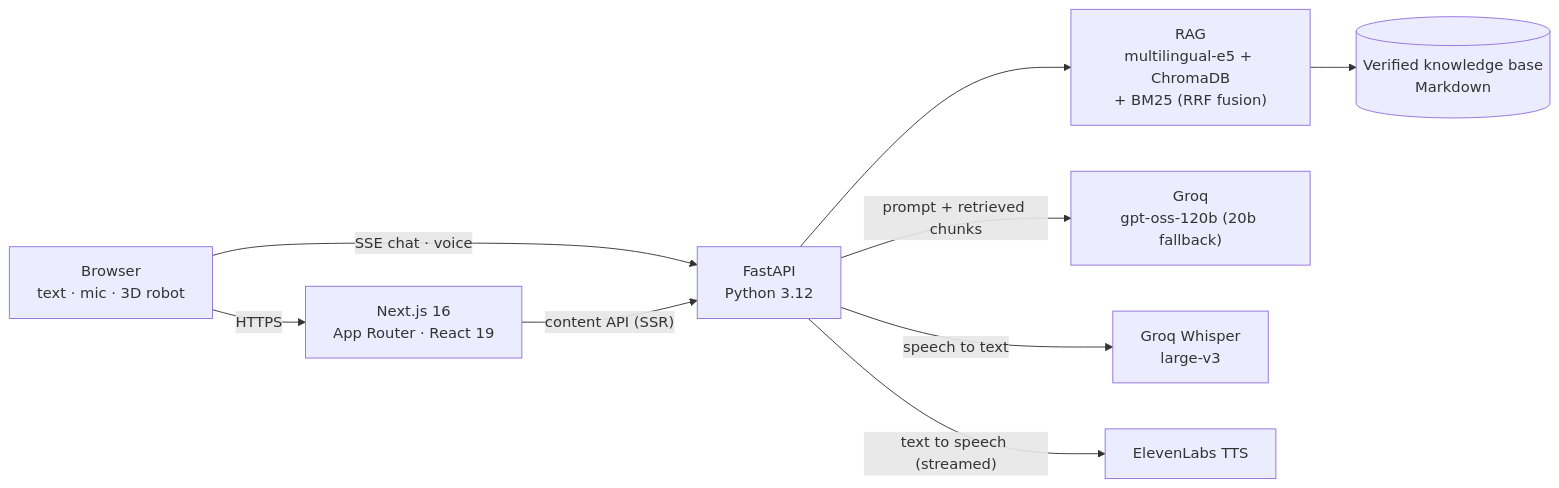
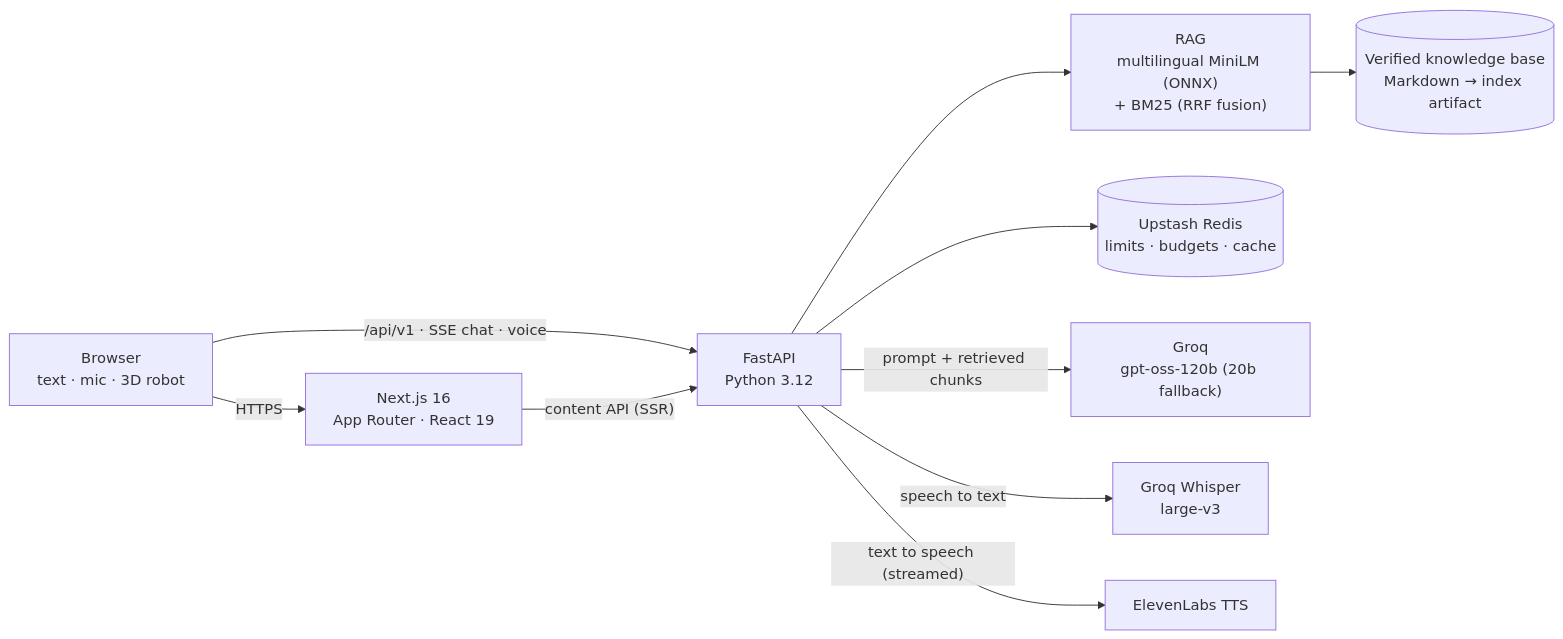
The diagram in README.md (AbdullahThweib2004/abdallah-ai), drawn with Mermaid before and after one commit. The commit also changed other lines of this file and 1 other file, not shown here.

````diff
--- a/README.md
+++ b/README.md
@@ -47,11 +49,12 @@
 ```mermaid
 flowchart LR
   B["Browser<br/>text · mic · 3D robot"] -->|HTTPS| N["Next.js 16<br/>App Router · React 19"]
-  B -->|"SSE chat · voice"| F["FastAPI<br/>Python 3.12"]
+  B -->|"/api/v1 · SSE chat · voice"| F["FastAPI<br/>Python 3.12"]
   N -->|"content API (SSR)"| F
-  F --> R["RAG<br/>multilingual-e5 + ChromaDB<br/>+ BM25 (RRF fusion)"]
-  R --> KB[("Verified knowledge base<br/>Markdown")]
+  F --> R["RAG<br/>multilingual MiniLM (ONNX)<br/>+ BM25 (RRF fusion)"]
+  R --> KB[("Verified knowledge base<br/>Markdown → index artifact")]
+  F --> U[("Upstash Redis<br/>limits · budgets · cache")]
   F -->|"prompt + retrieved chunks"| G["Groq<br/>gpt-oss-120b (20b fallback)"]
   F -->|"speech to text"| W["Groq Whisper<br/>large-v3"]
   F -->|"text to speech (streamed)"| E["ElevenLabs TTS"]
 ```
````
